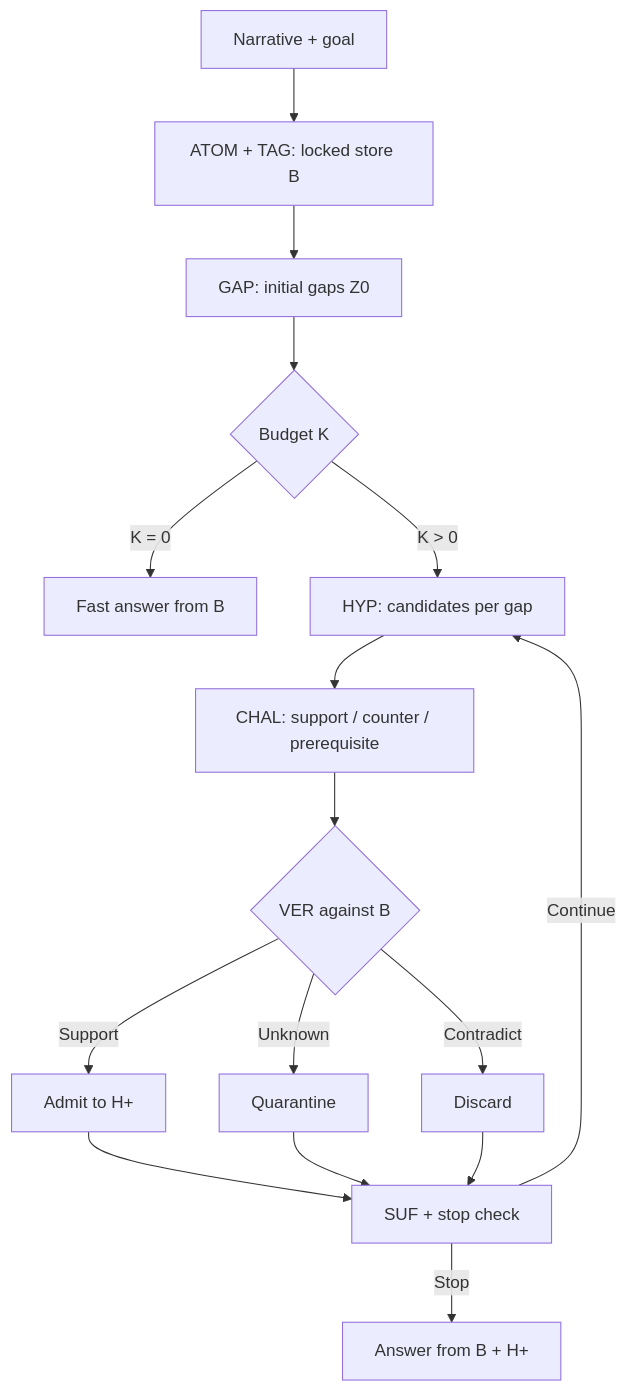
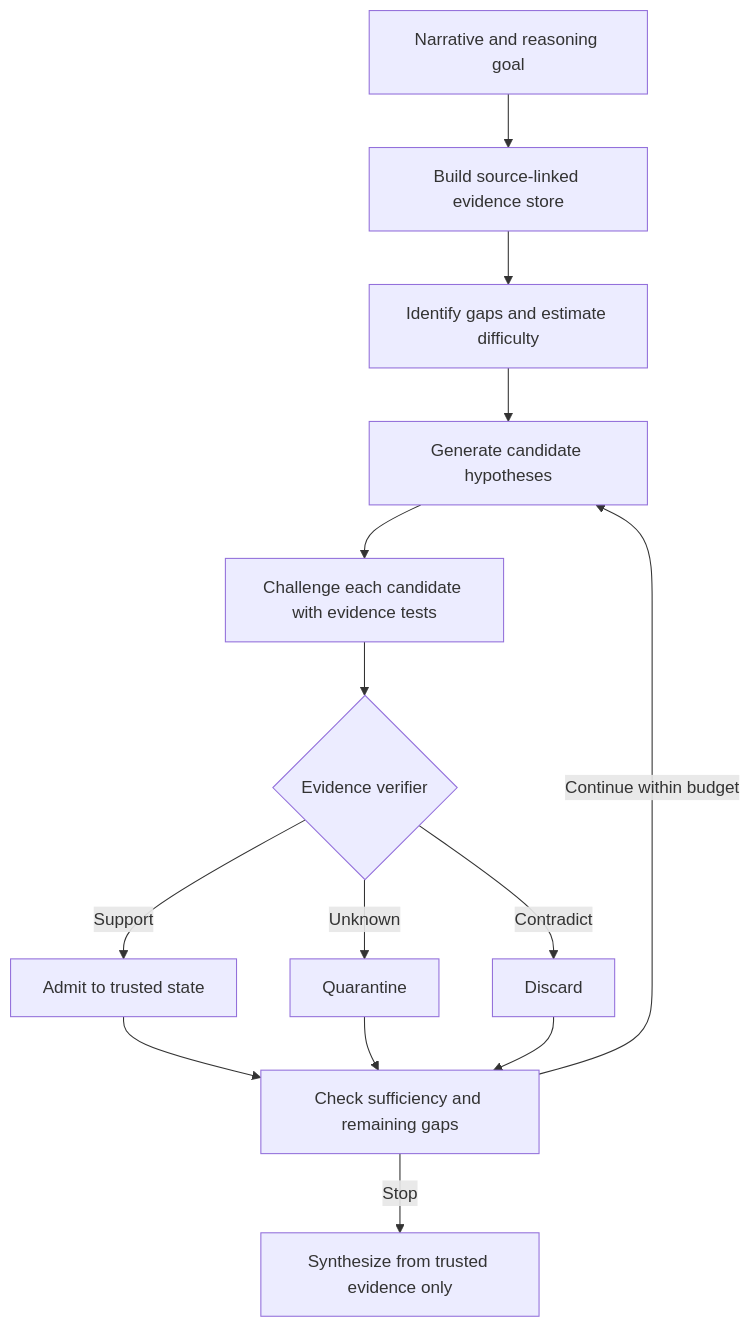
Before and after one commit to Cosinecos/EVAR: the diagram in README.md, drawn with Mermaid. The commit also changed other lines of this file, not shown here.

````diff
--- a/README.md
+++ b/README.md
@@ -70,18 +35,16 @@
 ```mermaid
 flowchart TD
-    A["Narrative + goal"] --> B["ATOM + TAG: locked store B"]
-    B --> C["GAP: initial gaps Z0"]
-    C --> D{"Budget K"}
-    D -->|"K = 0"| E["Fast answer from B"]
-    D -->|"K > 0"| F["HYP: candidates per gap"]
-    F --> G["CHAL: support / counter / prerequisite"]
-    G --> H{"VER against B"}
-    H -->|Support| I["Admit to H+"]
-    H -->|Unknown| J["Quarantine"]
-    H -->|Contradict| Kd["Discard"]
-    I --> L["SUF + stop check"]
-    J --> L
-    Kd --> L
-    L -->|Continue| F
-    L -->|Stop| M["Answer from B + H+"]
+    A["Narrative and reasoning goal"] --> B["Build source-linked evidence store"]
+    B --> C["Identify gaps and estimate difficulty"]
+    C --> D["Generate candidate hypotheses"]
+    D --> E["Challenge each candidate with evidence tests"]
+    E --> F{"Evidence verifier"}
+    F -->|Support| G["Admit to trusted state"]
+    F -->|Unknown| H["Quarantine"]
+    F -->|Contradict| I["Discard"]
+    G --> J["Check sufficiency and remaining gaps"]
+    H --> J
+    I --> J
+    J -->|Continue within budget| D
+    J -->|Stop| K["Synthesize from trusted evidence only"]
 ```
````
